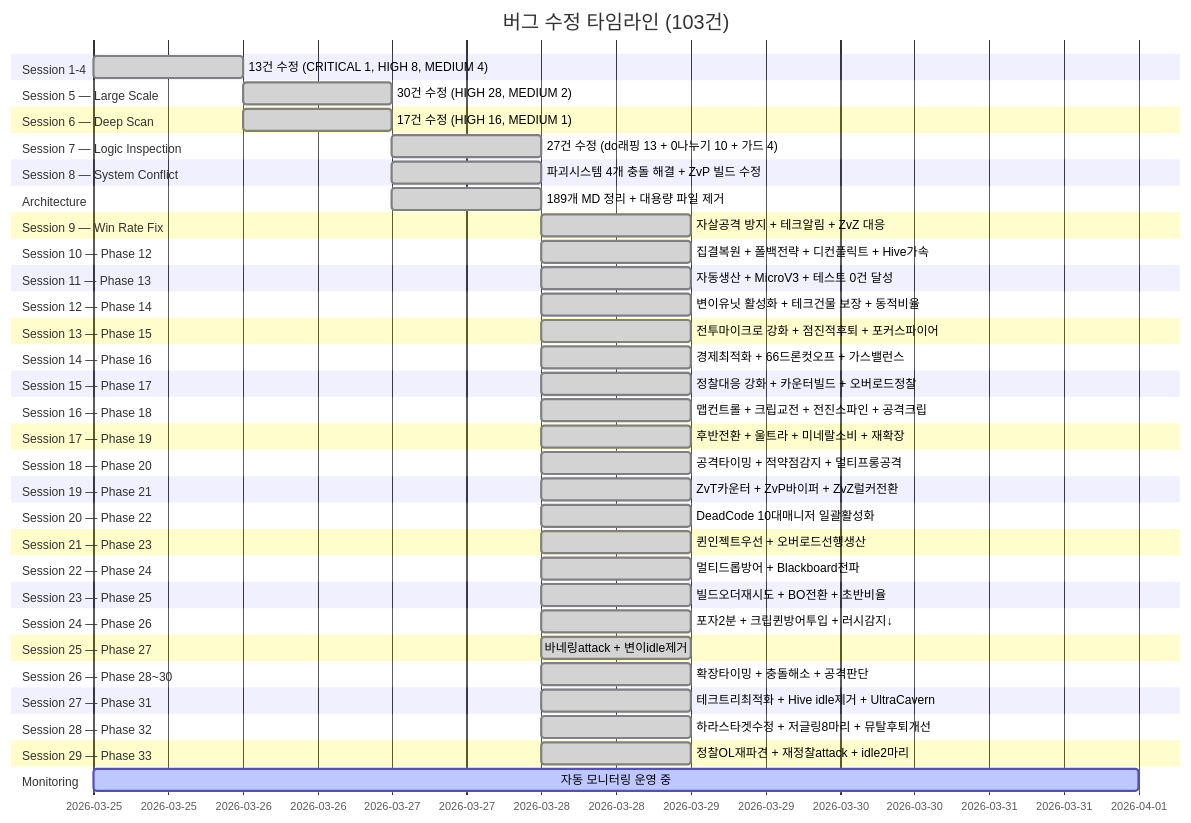
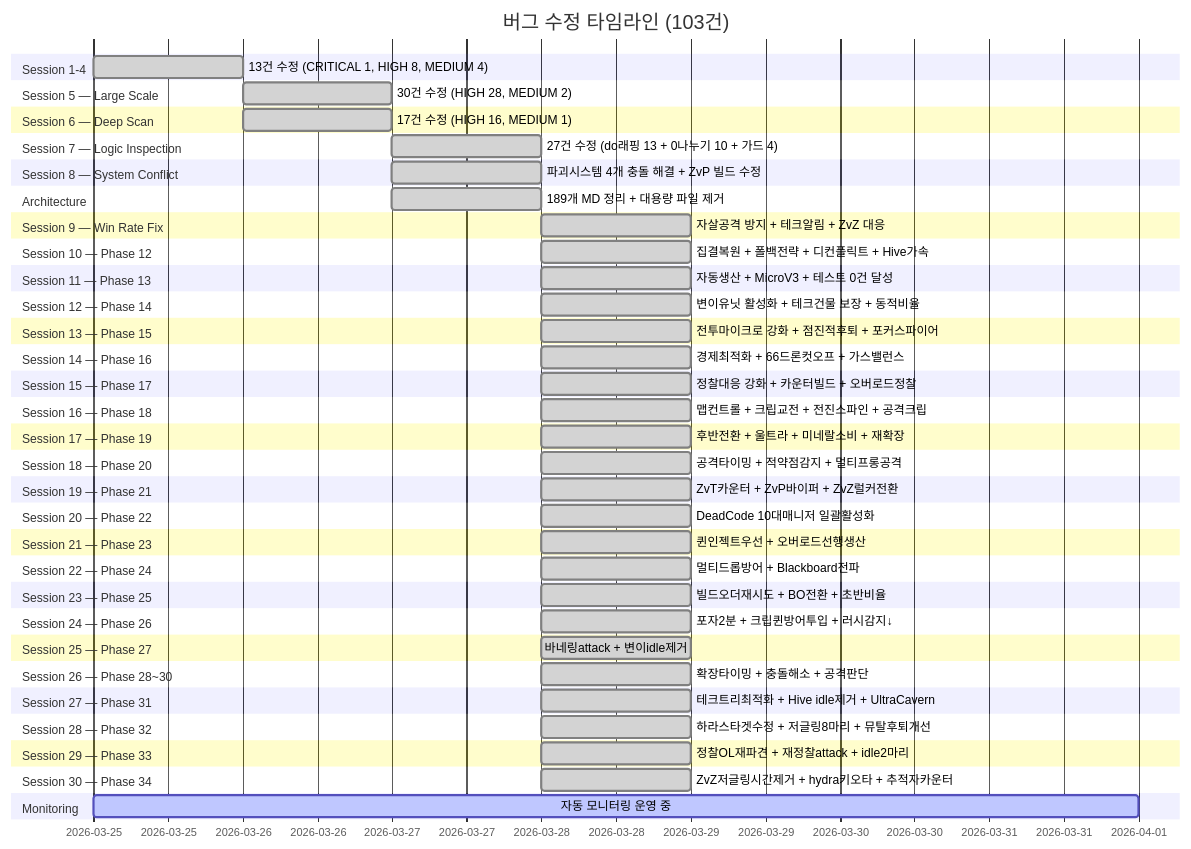
Before and after one commit to sun475300-sudo/Swarm-control-in-sc2bot: diagram 23 of 31 in README.md, drawn with Mermaid. The commit also changed other lines of this file and 2 other files, not shown here.

First line of the commit message:
feat: Phase 34 실전메타대응 — ZvZ저글링시간제거 + hydra키오타수정 + 추적자카운터

````diff
--- a/README.md
+++ b/README.md
@@ -633,61 +633,63 @@
 ```mermaid
 gantt
     title 버그 수정 타임라인 (103건)
     dateFormat YYYY-MM-DD
     section Session 1-4
         13건 수정 (CRITICAL 1, HIGH 8, MEDIUM 4)   :done, s1, 2026-03-25, 1d
     section Session 5 — Large Scale
         30건 수정 (HIGH 28, MEDIUM 2)              :done, s5, 2026-03-26, 1d
     section Session 6 — Deep Scan
         17건 수정 (HIGH 16, MEDIUM 1)              :done, s6, 2026-03-26, 1d
     section Session 7 — Logic Inspection
         27건 수정 (do래핑 13 + 0나누기 10 + 가드 4) :done, s7, 2026-03-27, 1d
     section Session 8 — System Conflict
         파괴시스템 4개 충돌 해결 + ZvP 빌드 수정    :done, s8, 2026-03-27, 1d
     section Architecture
         189개 MD 정리 + 대용량 파일 제거            :done, s9, 2026-03-27, 1d
     section Session 9 — Win Rate Fix
         자살공격 방지 + 테크알림 + ZvZ 대응         :done, s10, 2026-03-28, 1d
     section Session 10 — Phase 12
         집결복원 + 폴백전략 + 디컨플릭트 + Hive가속 :done, s11, 2026-03-28, 1d
     section Session 11 — Phase 13
         자동생산 + MicroV3 + 테스트 0건 달성       :done, s12, 2026-03-28, 1d
     section Session 12 — Phase 14
         변이유닛 활성화 + 테크건물 보장 + 동적비율  :done, s13, 2026-03-28, 1d
     section Session 13 — Phase 15
         전투마이크로 강화 + 점진적후퇴 + 포커스파이어 :done, s14, 2026-03-28, 1d
     section Session 14 — Phase 16
         경제최적화 + 66드론컷오프 + 가스밸런스     :done, s15, 2026-03-28, 1d
     section Session 15 — Phase 17
         정찰대응 강화 + 카운터빌드 + 오버로드정찰   :done, s16, 2026-03-28, 1d
     section Session 16 — Phase 18
         맵컨트롤 + 크립교전 + 전진스파인 + 공격크립 :done, s17, 2026-03-28, 1d
     section Session 17 — Phase 19
         후반전환 + 울트라 + 미네랄소비 + 재확장    :done, s18, 2026-03-28, 1d
     section Session 18 — Phase 20
         공격타이밍 + 적약점감지 + 멀티프롱공격     :done, s19, 2026-03-28, 1d
     section Session 19 — Phase 21
         ZvT카운터 + ZvP바이퍼 + ZvZ럴커전환      :done, s20, 2026-03-28, 1d
     section Session 20 — Phase 22
         DeadCode 10대매니저 일괄활성화            :done, s21, 2026-03-28, 1d
     section Session 21 — Phase 23
         퀸인젝트우선 + 오버로드선행생산          :done, s22, 2026-03-28, 1d
     section Session 22 — Phase 24
         멀티드롭방어 + Blackboard전파           :done, s23, 2026-03-28, 1d
     section Session 23 — Phase 25
         빌드오더재시도 + BO전환 + 초반비율     :done, s24, 2026-03-28, 1d
     section Session 24 — Phase 26
         포자2분 + 크립퀸방어투입 + 러시감지↓  :done, s25, 2026-03-28, 1d
     section Session 25 — Phase 27
         바네링attack + 변이idle제거         :done, s26, 2026-03-28, 1d
     section Session 26 — Phase 28~30
         확장타이밍 + 충돌해소 + 공격판단   :done, s27, 2026-03-28, 1d
     section Session 27 — Phase 31
         테크트리최적화 + Hive idle제거 + UltraCavern :done, s28, 2026-03-28, 1d
     section Session 28 — Phase 32
         하라스타겟수정 + 저글링8마리 + 뮤탈후퇴개선  :done, s29, 2026-03-28, 1d
     section Session 29 — Phase 33
         정찰OL재파견 + 재정찰attack + idle2마리    :done, s30, 2026-03-28, 1d
+    section Session 30 — Phase 34
+        ZvZ저글링시간제거 + hydra키오타 + 추적자카운터 :done, s31, 2026-03-28, 1d
     section Monitoring
         자동 모니터링 운영 중                        :active, mon, 2026-03-25, 7d
 ```
````
